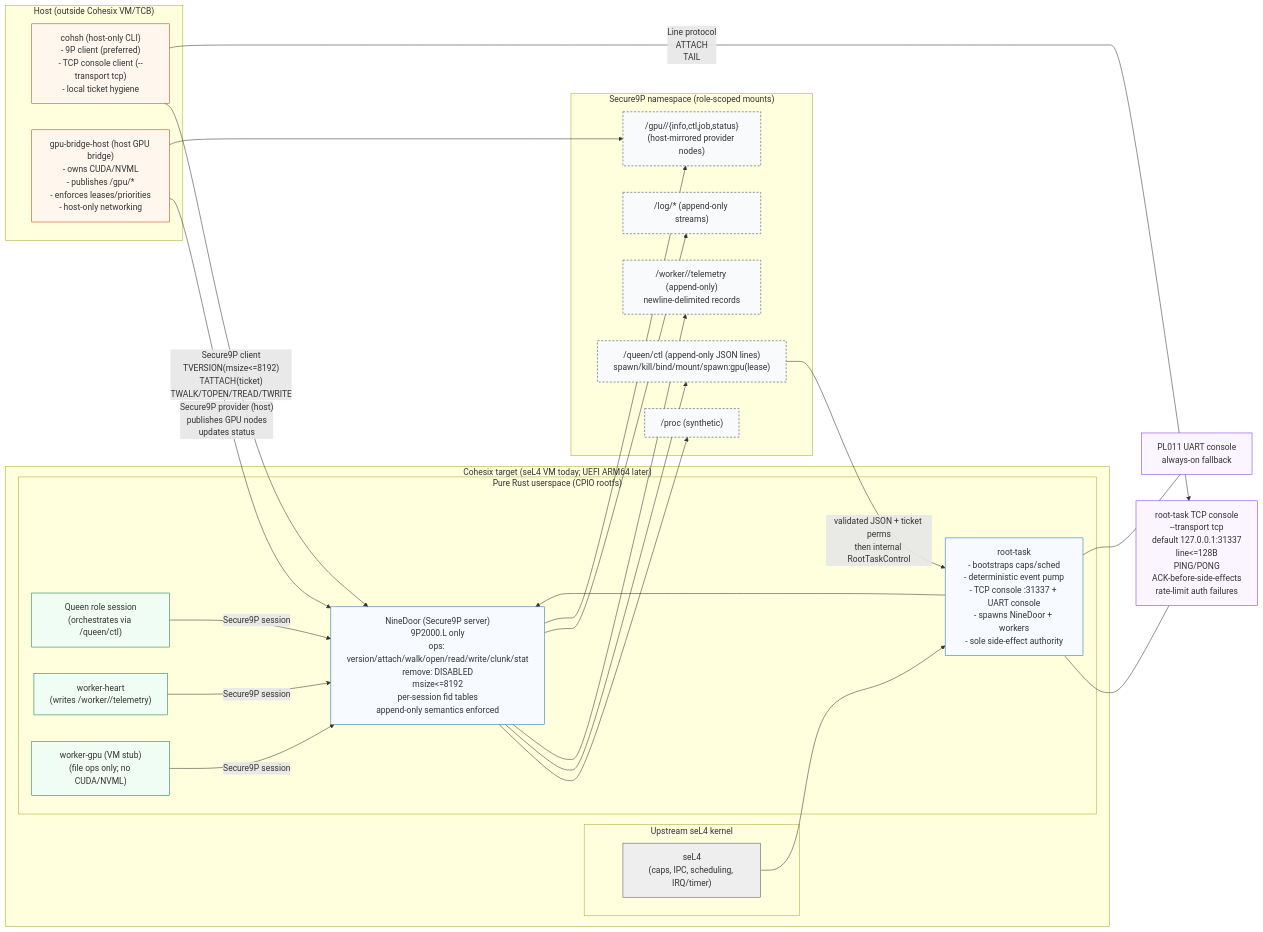
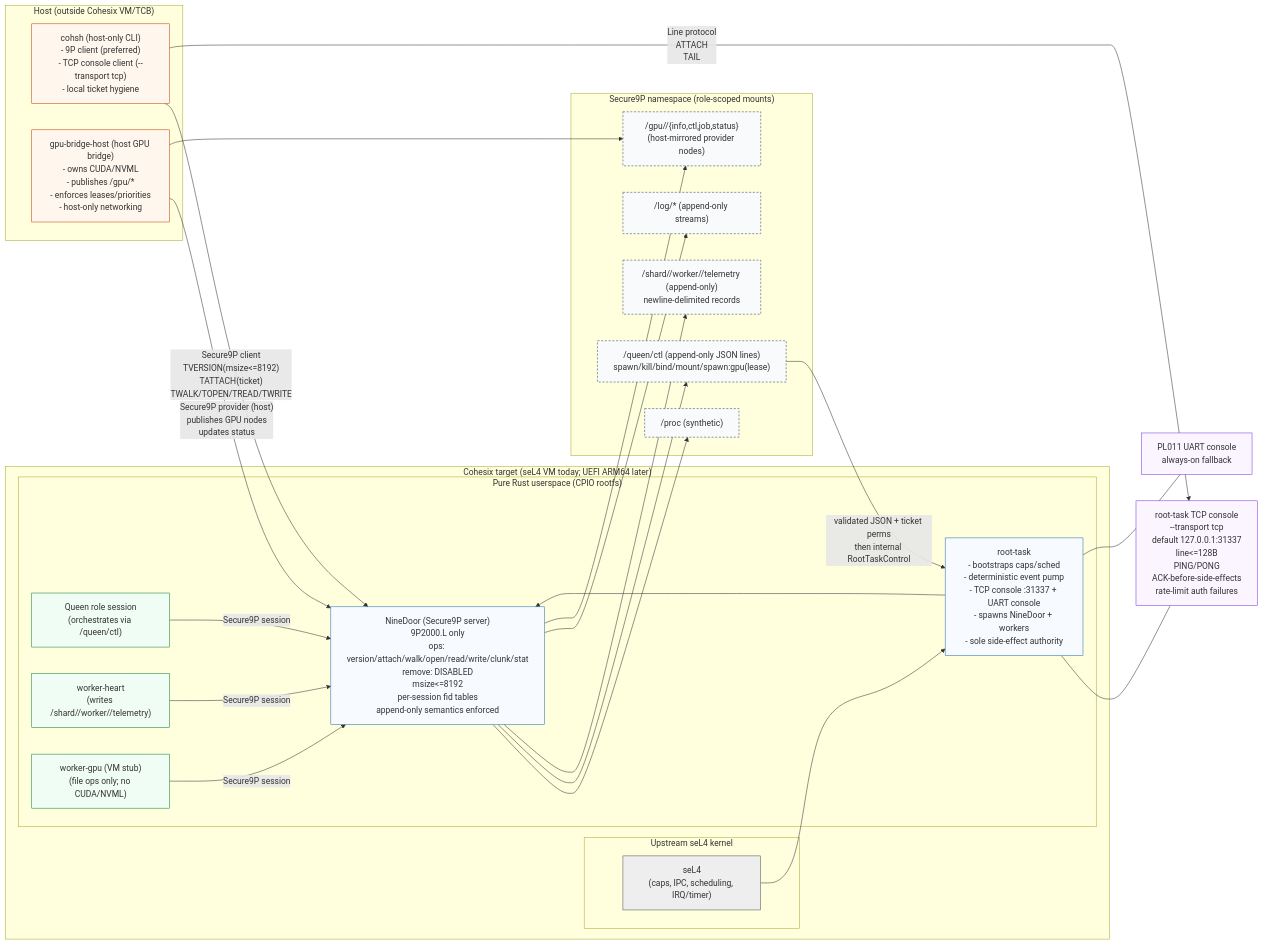
The diagram in docs/ARCHITECTURE.md (lukeb-aidev/cohesix), drawn with Mermaid before and after one commit. The commit also changed other lines of this file and 51 other files, not shown here.

```diff
--- a/docs/ARCHITECTURE.md
+++ b/docs/ARCHITECTURE.md
@@ -31,7 +31,7 @@
       ND["NineDoor (Secure9P server)<br/>9P2000.L only<br/>ops: version/attach/walk/open/read/write/clunk/stat<br/>remove: DISABLED<br/>msize<=8192<br/>per-session fid tables<br/>append-only semantics enforced"]:::vm
 
       Q["Queen role session<br/>(orchestrates via /queen/ctl)"]:::role
-      WH["worker-heart<br/>(writes /worker/<id>/telemetry)"]:::role
+      WH["worker-heart<br/>(writes /shard/<label>/worker/<id>/telemetry)"]:::role
       WG["worker-gpu (VM stub)<br/>(file ops only; no CUDA/NVML)"]:::role
     end
   end
@@ -42,7 +42,7 @@
   subgraph NS["Secure9P namespace (role-scoped mounts)"]
     PROC["/proc (synthetic)"]:::path
     QUEEN["/queen/ctl (append-only JSON lines)<br/>spawn/kill/bind/mount/spawn:gpu(lease)"]:::path
-    WORK["/worker/<id>/telemetry (append-only)<br/>newline-delimited records"]:::path
+    WORK["/shard/<label>/worker/<id>/telemetry (append-only)<br/>newline-delimited records"]:::path
     LOG["/log/* (append-only streams)"]:::path
     GPU["/gpu/<id>/{info,ctl,job,status}<br/>(host-mirrored provider nodes)"]:::path
   end
```
